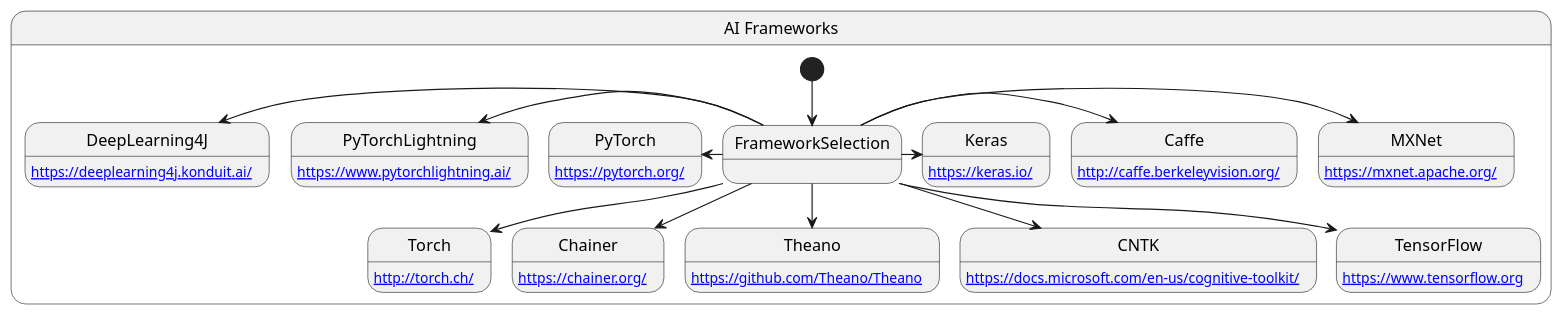
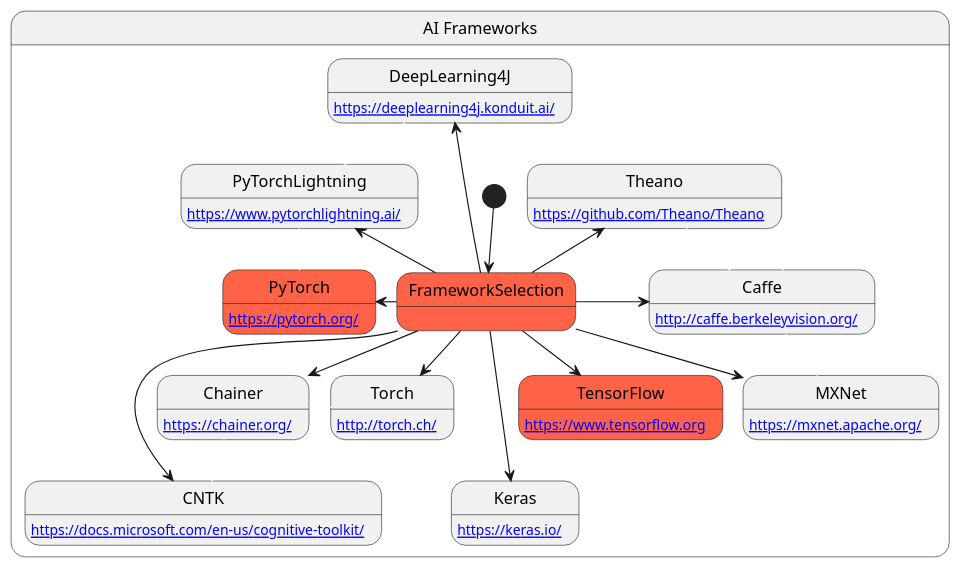
The diagram in Fig1AIFrameworks.puml (mirceat/FSM2ML-diagrams), drawn with PlantUML before and after one commit. The commit also changed 17 other files, not shown here.

```diff
--- a/Fig1AIFrameworks.puml
+++ b/Fig1AIFrameworks.puml
@@ -1,32 +1,40 @@
 @startuml
 'https://plantuml.com/state-diagram
 
 state "AI Frameworks" as AIFrameworks {
   MXNet : [[https://mxnet.apache.org/]]
   Caffe : [[http://caffe.berkeleyvision.org/]]
   Keras : [[https://keras.io/]]
   Torch : [[http://torch.ch/]]
   Chainer : [[https://chainer.org/]]
   Theano : [[https://github.com/Theano/Theano]]
   CNTK : [[https://docs.microsoft.com/en-us/cognitive-toolkit/]]
   TensorFlow : [[https://www.tensorflow.org]]
   PyTorch : [[https://pytorch.org/]]
   PyTorchLightning : [[https://www.pytorchlightning.ai/]]
   DeepLearning4J : [[https://deeplearning4j.konduit.ai/]]
 
-  [*] --> FrameworkSelection
+  [*] --> FrameworkSelection #tomato
+  DeepLearning4J <- FrameworkSelection
   FrameworkSelection -> MXNet
   FrameworkSelection -> Caffe
   FrameworkSelection -> Keras
   FrameworkSelection --> Torch
   FrameworkSelection --> Chainer
-  FrameworkSelection --> Theano
   FrameworkSelection --> CNTK
-  FrameworkSelection --> TensorFlow
-  PyTorch <- FrameworkSelection
+  FrameworkSelection --> TensorFlow #tomato
+  PyTorch #tomato <- FrameworkSelection
   PyTorchLightning <- FrameworkSelection
-  DeepLearning4J <- FrameworkSelection
-
+  PyTorchLightning -[#white]-> PyTorch
+  DeepLearning4J -[#white]-> PyTorchLightning
+  Caffe --[#white]> MXNet
+  MXNet -[#white]-> Keras
+  Chainer -[#white]> Torch
+  Chainer -[#white]-> CNTK
+  DeepLearning4J -[#white]-> Caffe
+  Theano <-- FrameworkSelection
+  Theano -[#white]-> Caffe
 }
 
+'center footer Generated by Plant2ML www.plant2ml.com
 @enduml
```
